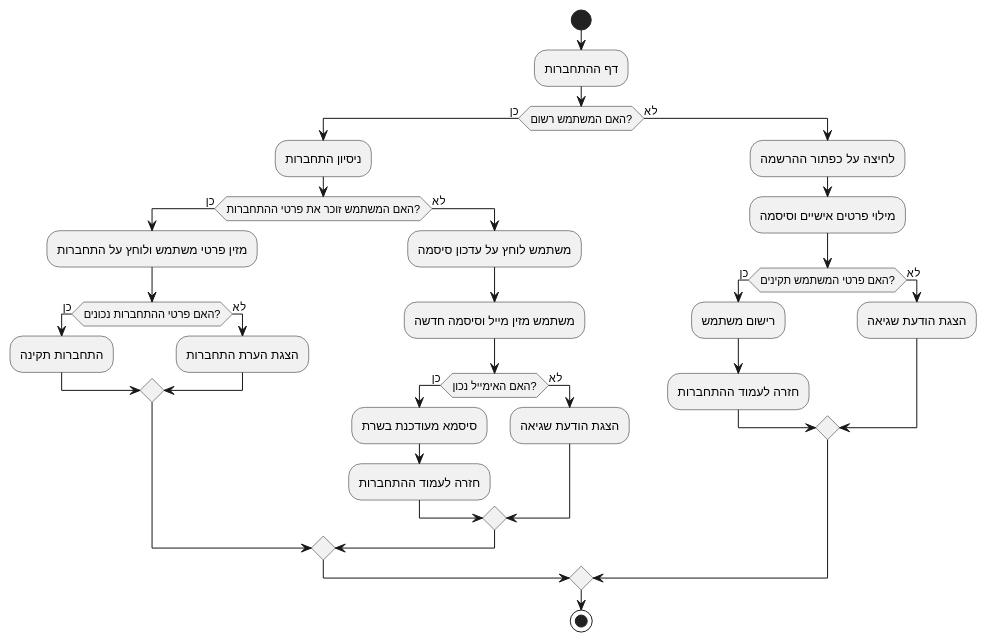
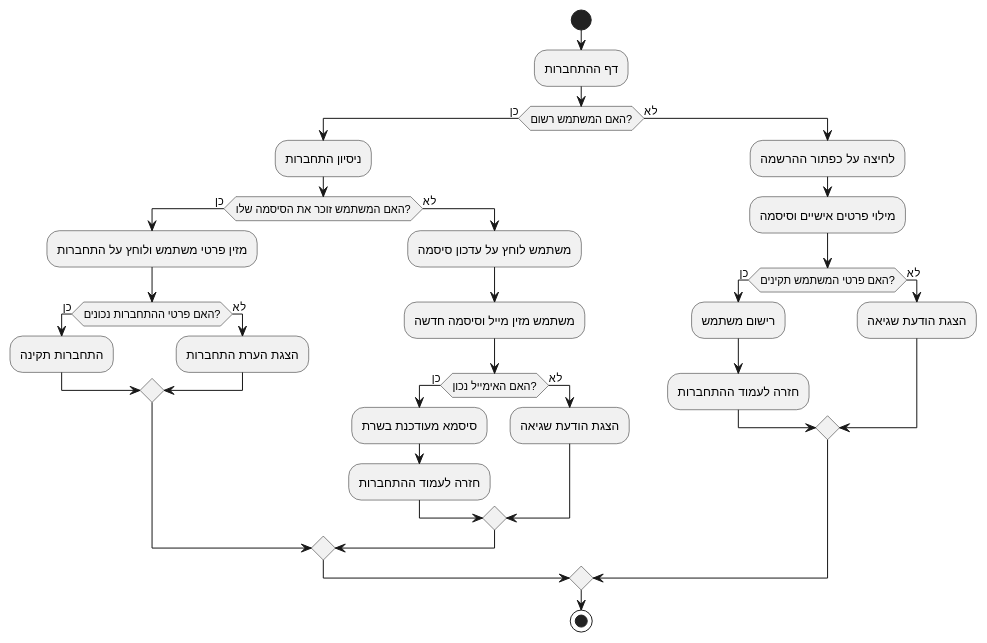
Before and after one commit to roei910/my-stocks: the diagram in oop course/draws/activity/userConnection.puml, drawn with PlantUML. The commit also changed 4 other files, not shown here.

```diff
--- a/oop course/draws/activity/userConnection.puml
+++ b/oop course/draws/activity/userConnection.puml
@@ -1,37 +1,37 @@
 @startuml
 start
 
 :דף ההתחברות;
 
 if (האם המשתמש רשום?) then (כן)
     :ניסיון התחברות;
-    if (האם המשתמש זוכר את פרטי ההתחברות?) then (כן)
+    if (האם המשתמש זוכר את הסיסמה שלו?) then (כן)
         :מזין פרטי משתמש ולוחץ על התחברות;
         if (האם פרטי ההתחברות נכונים?) then (כן)
             :התחברות תקינה;
         else (לא)
             :הצגת הערת התחברות;
         endif
     else (לא)
         :משתמש לוחץ על עדכון סיסמה;
         :משתמש מזין מייל וסיסמה חדשה;
         if (האם האימייל נכון?) then (כן)
             :סיסמא מעודכנת בשרת;
             :חזרה לעמוד ההתחברות;
         else (לא)
             :הצגת הודעת שגיאה;
         endif
     endif
 else (לא)
     :לחיצה על כפתור ההרשמה;
     :מילוי פרטים אישיים וסיסמה;
     if (האם פרטי המשתמש תקינים?) then (כן)
         :רישום משתמש;
         :חזרה לעמוד ההתחברות;
     else (לא)
         :הצגת הודעת שגיאה;
     endif
 endif
 
 stop
 @enduml
```
